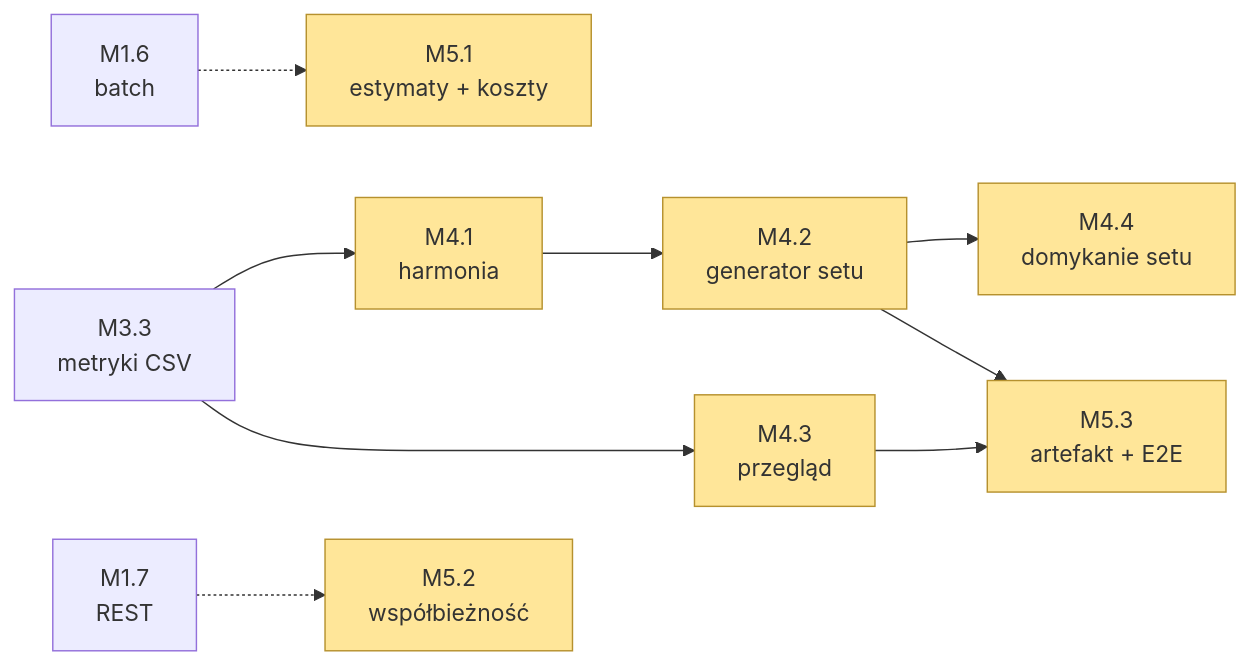
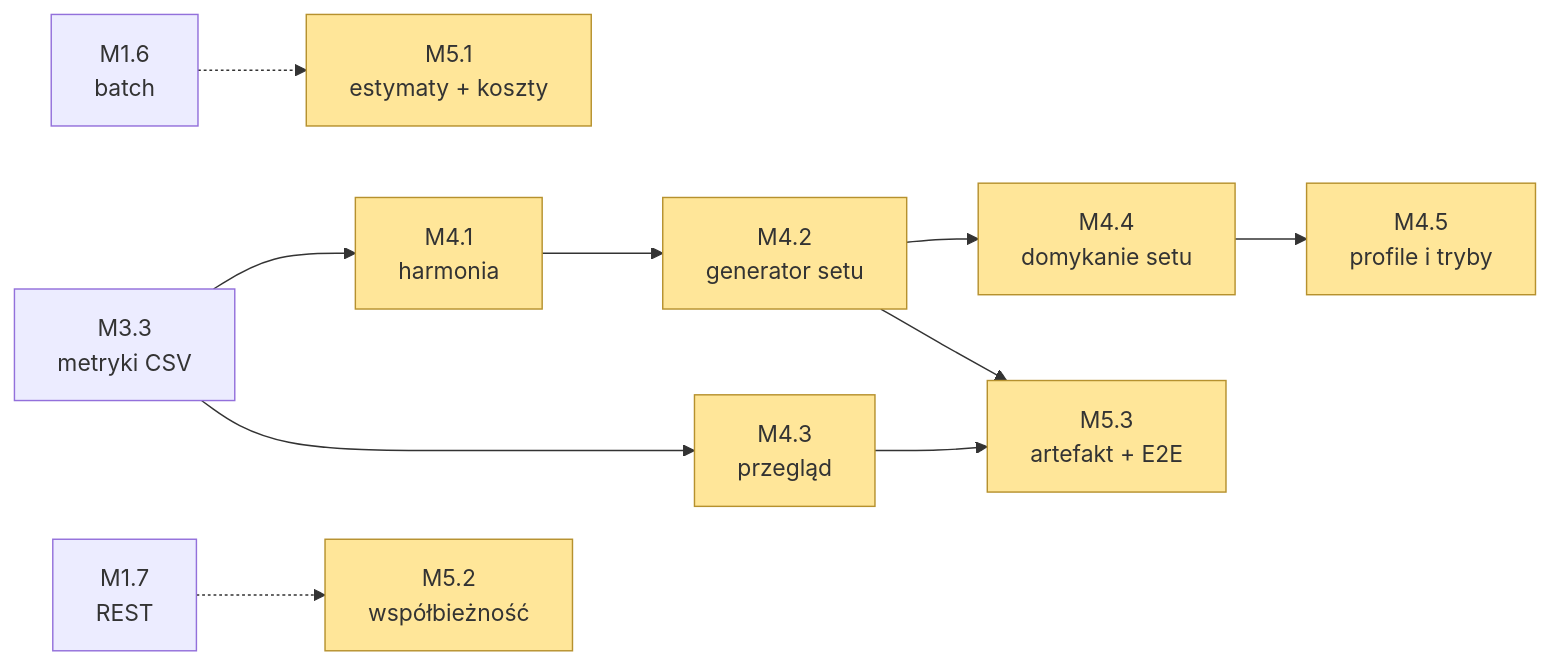
The third of 3 diagrams in docs/PLAN.md (pgoogol/music-view), drawn with Mermaid before and after one commit. The commit also changed other lines of this file and 19 other files, not shown here.

````diff
--- a/docs/PLAN.md
+++ b/docs/PLAN.md
@@ -537,12 +567,12 @@
 ```mermaid
 flowchart LR
     M33[M3.3<br/>metryki CSV] --> M41[M4.1<br/>harmonia] & M43[M4.3<br/>przegląd]
     M41 --> M42[M4.2<br/>generator setu]
-    M42 --> M44[M4.4<br/>domykanie setu]
+    M42 --> M44[M4.4<br/>domykanie setu] --> M45[M4.5<br/>profile i tryby]
     M16[M1.6<br/>batch] -.-> M51[M5.1<br/>estymaty + koszty]
     M17[M1.7<br/>REST] -.-> M52[M5.2<br/>współbieżność]
     M42 & M43 --> M53[M5.3<br/>artefakt + E2E]
 
     classDef plan fill:#FFE699,stroke:#B6912E
-    class M41,M42,M43,M44,M51,M52,M53 plan
+    class M41,M42,M43,M44,M45,M51,M52,M53 plan
 ```
````
